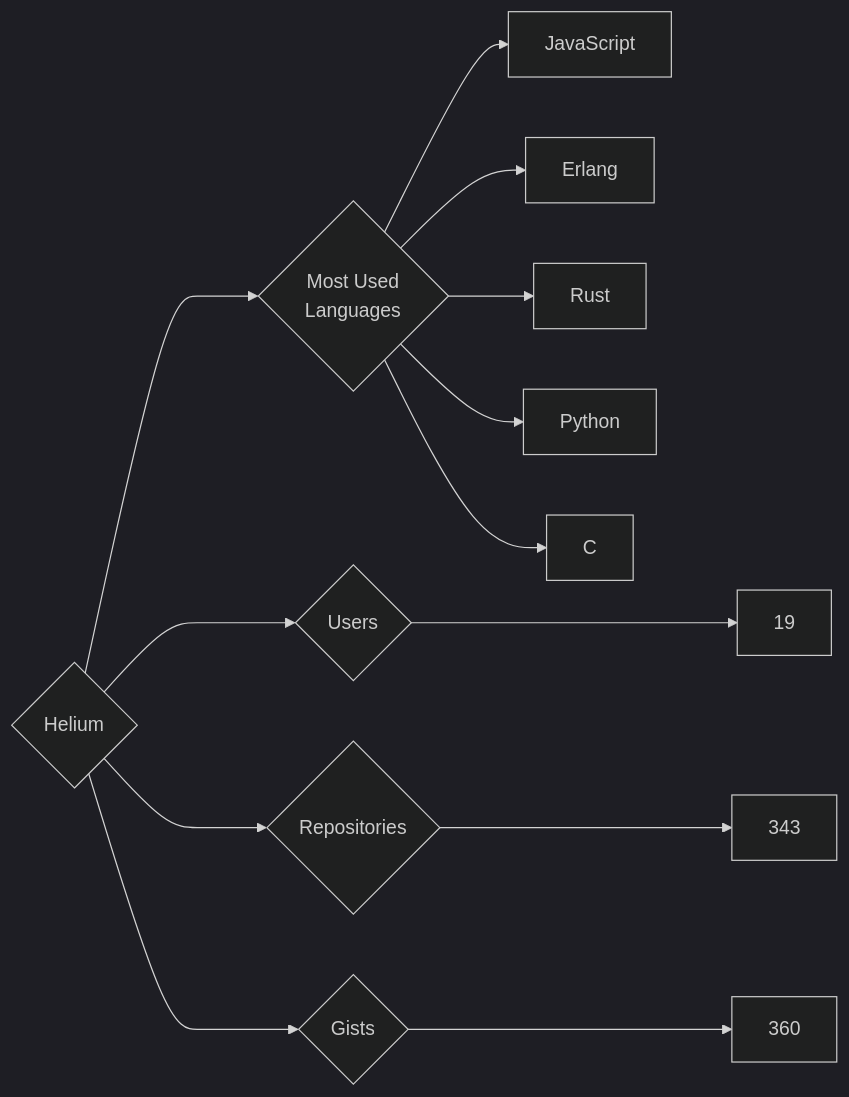
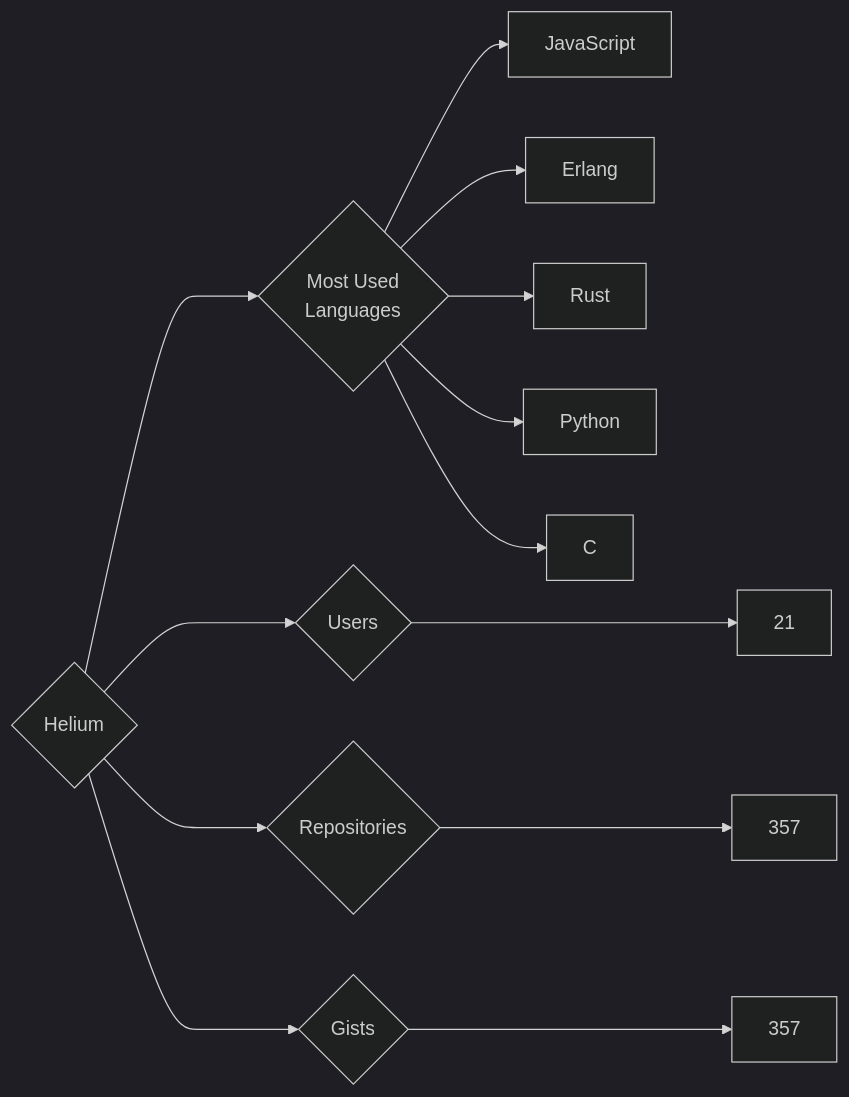
One commit to trickest/insiders changed the diagram in targets/Helium/README.md. Above: the diagram before and after it, drawn with Mermaid (dark theme). The commit also changed 718 other files, not shown here.

````diff
--- a/targets/Helium/README.md
+++ b/targets/Helium/README.md
@@ -3,13 +3,13 @@
 ```mermaid
 graph LR
 COMPANY_NAME{Helium}
-COMPANY_NAME ---> U{Users} ---> UN[19]
-COMPANY_NAME ---> R{Repositories} ---> RN[343]
-COMPANY_NAME ---> G{Gists} ---> GN[360]
+COMPANY_NAME ---> U{Users} ---> UN[21]
+COMPANY_NAME ---> R{Repositories} ---> RN[357]
+COMPANY_NAME ---> G{Gists} ---> GN[357]
 COMPANY_NAME ---> ML{Most Used<br>Languages}
 ML --> JavaScript[JavaScript]
 ML --> Erlang[Erlang]
 ML --> Rust[Rust]
 ML --> Python[Python]
 ML --> C[C]
 ```
````
